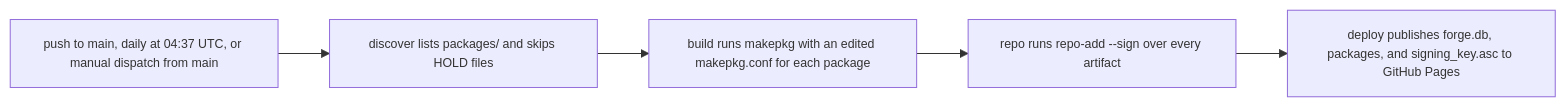
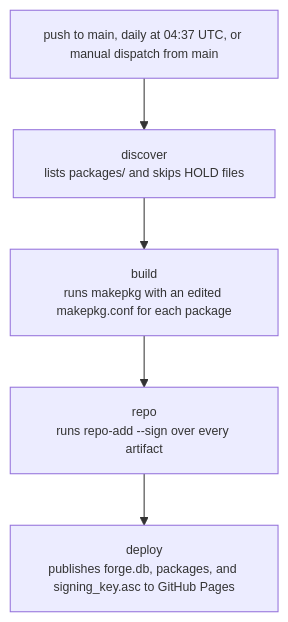
Before and after one commit to renownitall/forge: the diagram in README.md, drawn with Mermaid.

Commit message:
docs(readme): make the diagram vertical and split job names
- Put each job name on its own line above what the job does.
- Draw the flowchart top to bottom again, which reads better on a large screen.

````diff
--- a/README.md
+++ b/README.md
@@ -60,8 +60,8 @@
 ```mermaid
 %%{init: {"themeVariables": {"fontSize": "12px"}}}%%
-flowchart LR
-    trigger["push to main, daily at 04:37 UTC, or manual dispatch from main"] --> discover["discover lists packages/ and skips HOLD files"]
-    discover --> build["build runs makepkg with an edited makepkg.conf for each package"]
-    build --> repo["repo runs repo-add --sign over every artifact"]
-    repo --> deploy["deploy publishes forge.db, packages, and signing_key.asc to GitHub Pages"]
+flowchart TD
+    trigger["push to main, daily at 04:37 UTC, or manual dispatch from main"] --> discover["discover<br/>lists packages/ and skips HOLD files"]
+    discover --> build["build<br/>runs makepkg with an edited makepkg.conf for each package"]
+    build --> repo["repo<br/>runs repo-add --sign over every artifact"]
+    repo --> deploy["deploy<br/>publishes forge.db, packages, and signing_key.asc to GitHub Pages"]
 ```
````
